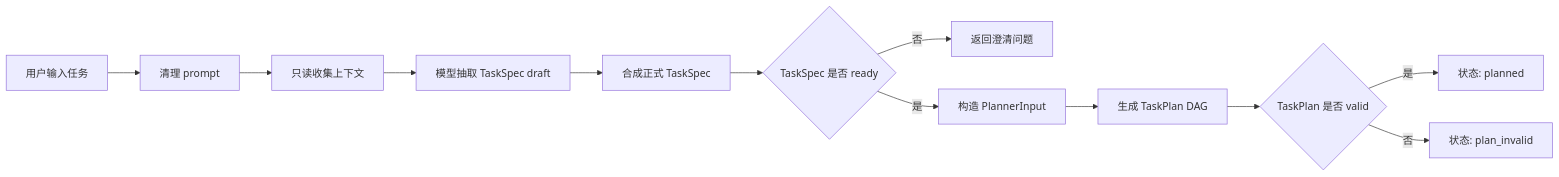
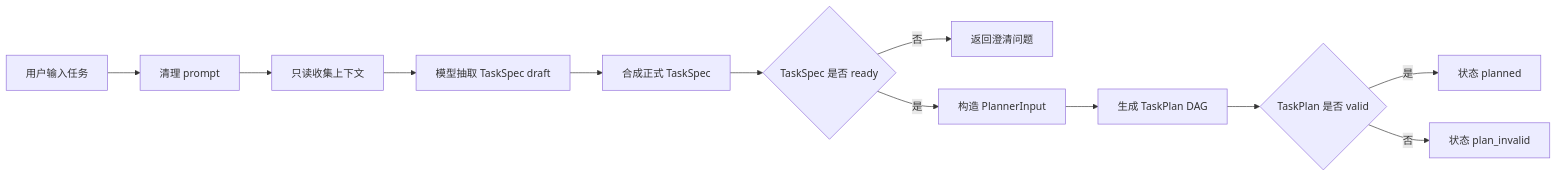
Before and after one commit to xqct0001/nplan: the third of 4 diagrams in docs/nplan_process_task_obsidian.md, drawn with Mermaid. The commit also changed other lines of this file and 16 other files, not shown here.

Commit message:
Unify setup command flow

````diff
--- a/docs/nplan_process_task_obsidian.md
+++ b/docs/nplan_process_task_obsidian.md
@@ -85,27 +99,27 @@
 ```mermaid
 flowchart LR
   Input["用户输入任务"]
   Clean["清理 prompt"]
   Collect["只读收集上下文"]
   ModelDraft["模型抽取 TaskSpec draft"]
   Compose["合成正式 TaskSpec"]
   ValidateSpec{"TaskSpec 是否 ready"}
   Clarify["返回澄清问题"]
   BuildInput["构造 PlannerInput"]
   BuildPlan["生成 TaskPlan DAG"]
   ValidatePlan{"TaskPlan 是否 valid"}
-  Planned["状态: planned"]
-  Invalid["状态: plan_invalid"]
+  Planned["状态 planned"]
+  Invalid["状态 plan_invalid"]
 
   Input --> Clean
   Clean --> Collect
   Collect --> ModelDraft
   ModelDraft --> Compose
   Compose --> ValidateSpec
   ValidateSpec -->|"否"| Clarify
   ValidateSpec -->|"是"| BuildInput
   BuildInput --> BuildPlan
   BuildPlan --> ValidatePlan
   ValidatePlan -->|"是"| Planned
   ValidatePlan -->|"否"| Invalid
 ```
````
